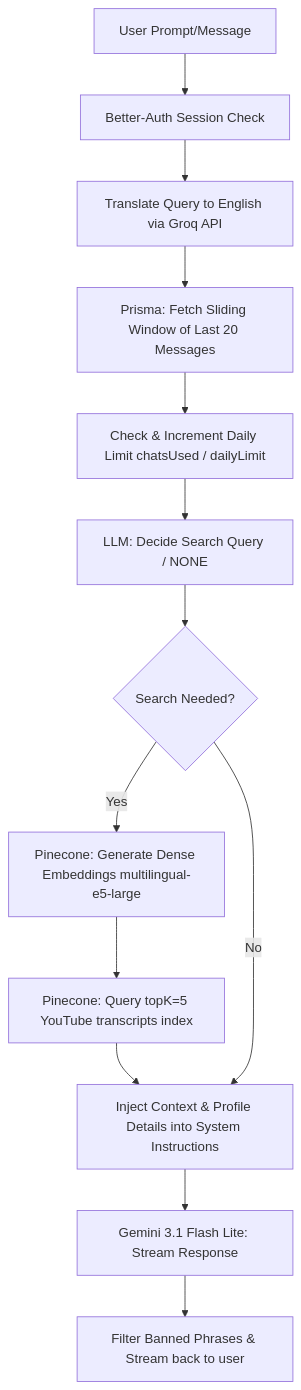
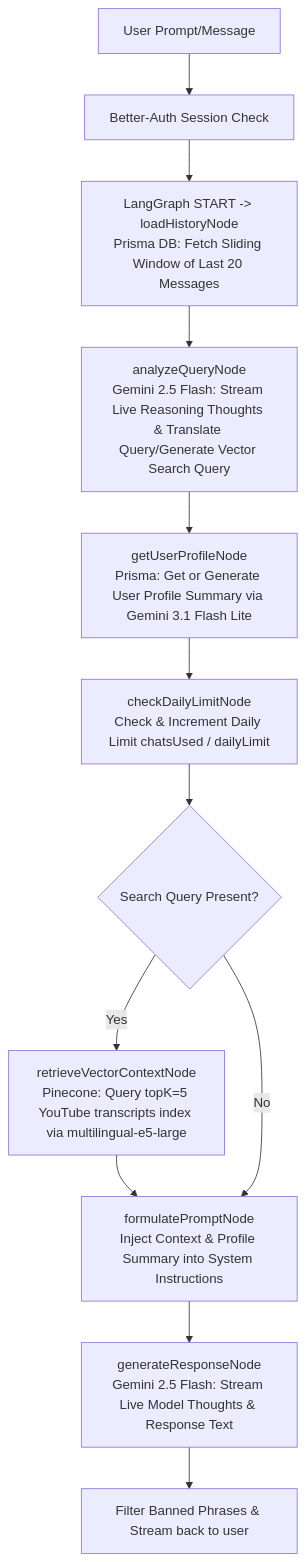
The diagram in AGENTS.md (ashutosh017/darc), drawn with Mermaid before and after one commit. The commit also changed other lines of this file and 25 other files, not shown here.

````diff
--- a/AGENTS.md
+++ b/AGENTS.md
@@ -37,15 +62,14 @@
 ```mermaid
 graph TD
     A[User Prompt/Message] --> B[Better-Auth Session Check]
-    B --> C[Translate Query to English via Groq API]
-    C --> D[Prisma: Fetch Sliding Window of Last 20 Messages]
-    D --> E[Check & Increment Daily Limit chatsUsed / dailyLimit]
-    E --> F[LLM: Decide Search Query / NONE]
-    F --> G{Search Needed?}
-    G -- Yes --> H[Pinecone: Generate Dense Embeddings multilingual-e5-large]
-    H --> I[Pinecone: Query topK=5 YouTube transcripts index]
-    I --> J[Inject Context & Profile Details into System Instructions]
-    G -- No --> J
-    J --> K[Gemini 3.1 Flash Lite: Stream Response]
-    K --> L[Filter Banned Phrases & Stream back to user]
+    B --> C[LangGraph START -> loadHistoryNode<br>Prisma DB: Fetch Sliding Window of Last 20 Messages]
+    C --> D[analyzeQueryNode<br>Gemini 2.5 Flash: Stream Live Reasoning Thoughts & Translate Query/Generate Vector Search Query]
+    D --> E[getUserProfileNode<br>Prisma: Get or Generate User Profile Summary via Gemini 3.1 Flash Lite]
+    E --> F[checkDailyLimitNode<br>Check & Increment Daily Limit chatsUsed / dailyLimit]
+    F --> G{Search Query Present?}
+    G -- Yes --> H[retrieveVectorContextNode<br>Pinecone: Query topK=5 YouTube transcripts index via multilingual-e5-large]
+    H --> I[formulatePromptNode<br>Inject Context & Profile Summary into System Instructions]
+    G -- No --> I
+    I --> J[generateResponseNode<br>Gemini 2.5 Flash: Stream Live Model Thoughts & Response Text]
+    J --> K[Filter Banned Phrases & Stream back to user]
 ```
````
